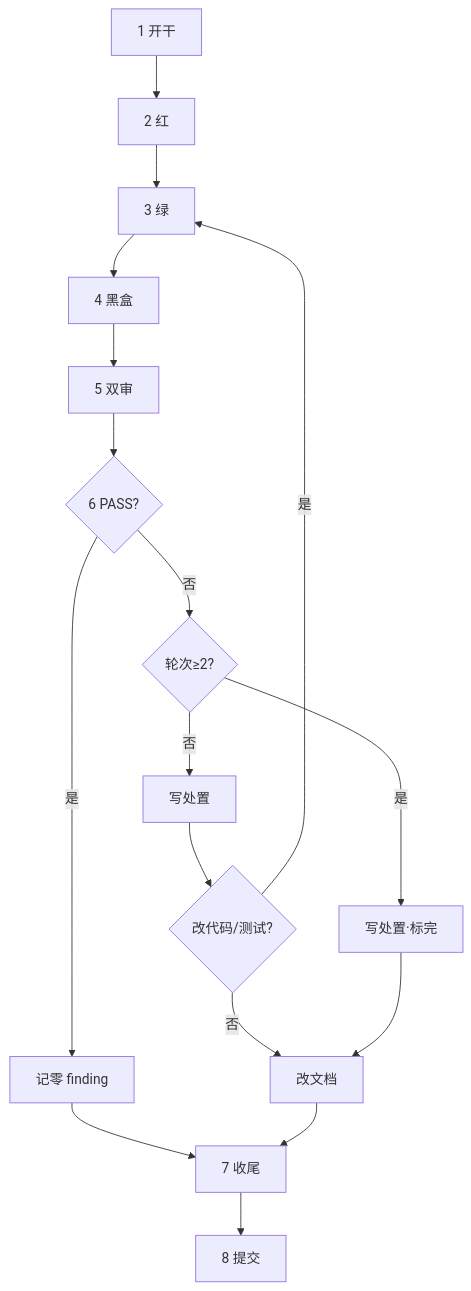
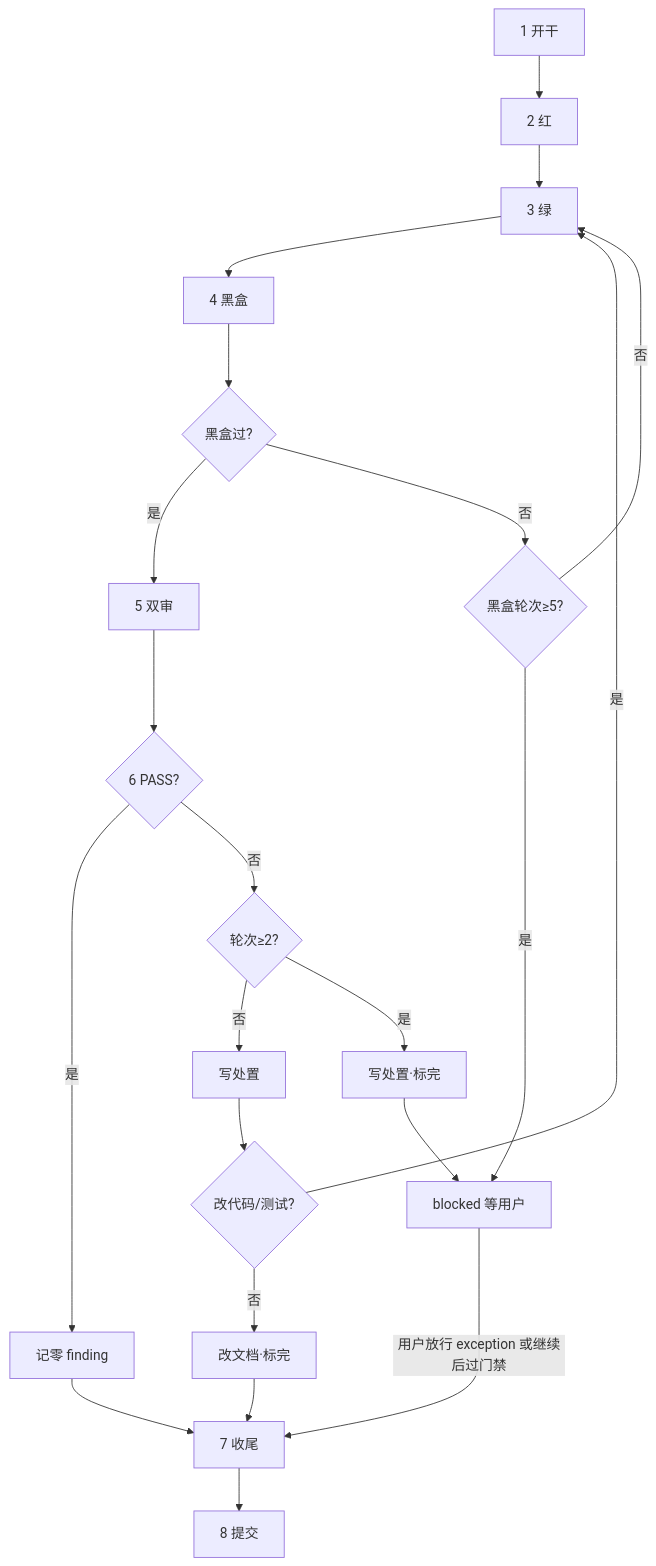
Before and after one commit to TuTouPower/repo_template: the diagram in AGENTS.md, drawn with Mermaid. The commit also changed other lines of this file and 5 other files, not shown here.

````diff
--- a/AGENTS.md
+++ b/AGENTS.md
@@ -63,26 +64,34 @@
 ```mermaid
 flowchart TD
     S1["1 开干"]
     S2["2 红"]
     S3["3 绿"]
     S4["4 黑盒"]
+    B1{"黑盒过?"}
+    B2{"黑盒轮次≥5?"}
     S5["5 双审"]
     D1{"6 PASS?"}
     W_PASS["记零 finding"]
     D2{"轮次≥2?"}
     W_FAIL1["写处置"]
     W_FAIL2["写处置·标完"]
     D3{"改代码/测试?"}
-    DOC["改文档"]
+    DOC["改文档·标完"]
+    BLK["blocked 等用户"]
     S7["7 收尾"]
     S8["8 提交"]
 
-    S1 --> S2 --> S3 --> S4 --> S5 --> D1
+    S1 --> S2 --> S3 --> S4 --> B1
+    B1 -->|是| S5 --> D1
+    B1 -->|否| B2
+    B2 -->|否| S3
+    B2 -->|是| BLK
     D1 -->|是| W_PASS --> S7
     D1 -->|否| D2
     D2 -->|否| W_FAIL1 --> D3
     D3 -->|是| S3
-    D3 -->|否| DOC
-    D2 -->|是| W_FAIL2 --> DOC
-    DOC --> S7 --> S8
+    D3 -->|否| DOC --> S7
+    D2 -->|是| W_FAIL2 --> BLK
+    BLK -->|用户放行 exception 或继续后过门禁| S7
+    S7 --> S8
 ```
````
